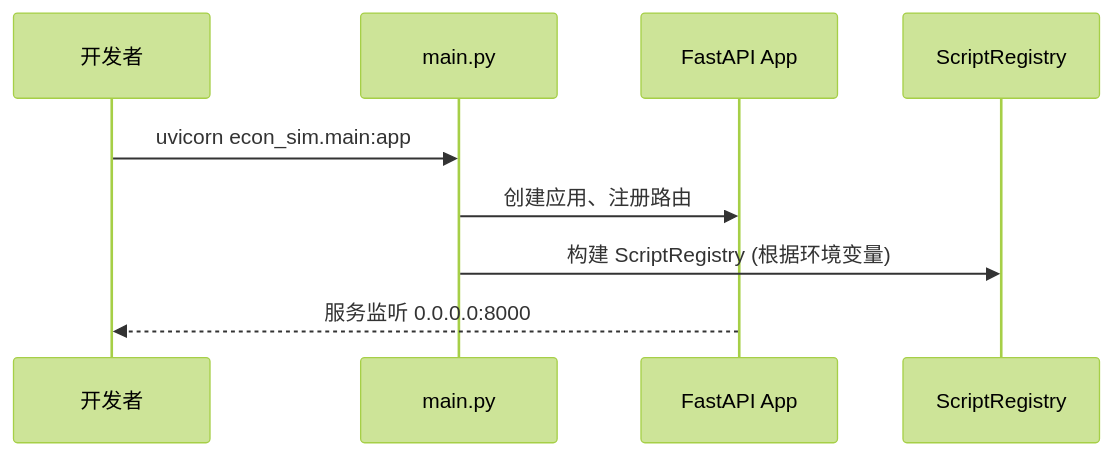
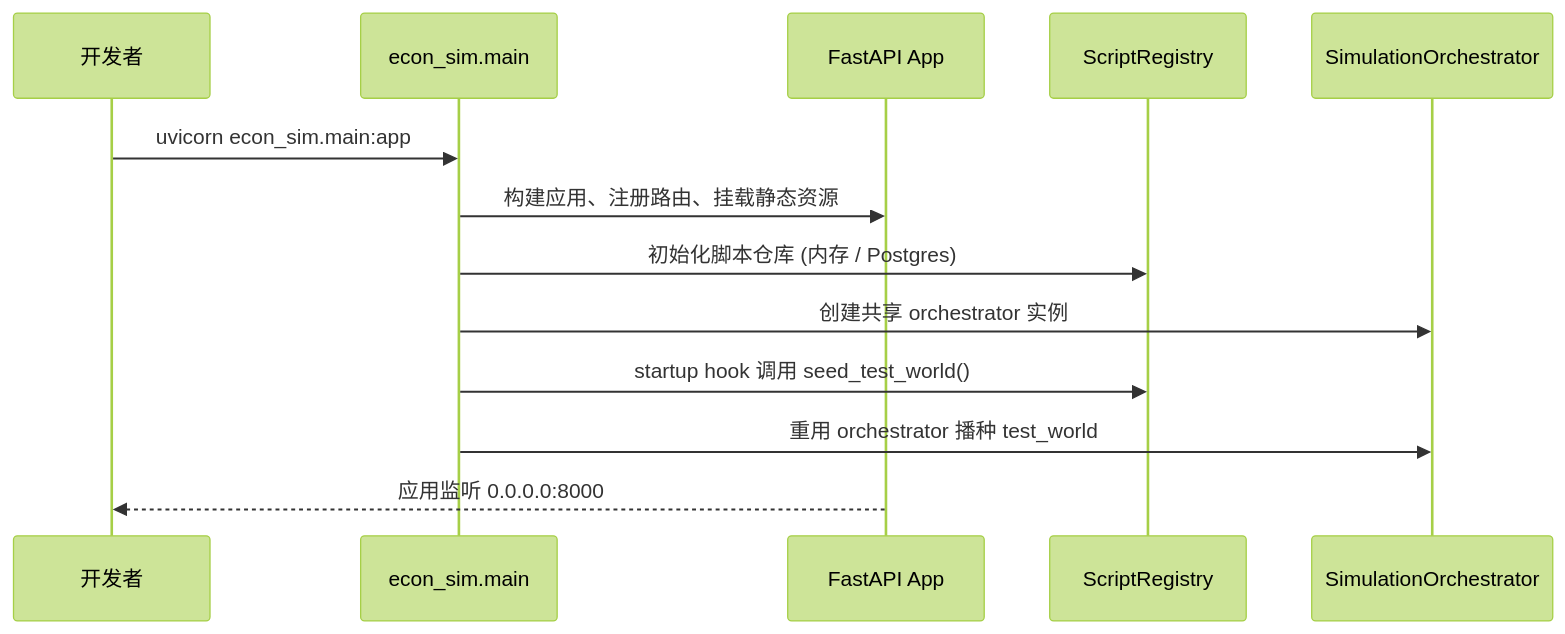
The second of 3 diagrams in docs/dev_handbook/1_SYSTEM_ARCHITECTURE.md (CeciliaGuo331/econ.simulator), drawn with Mermaid (forest theme) before and after one commit. The commit also changed other lines of this file and 6 other files, not shown here.

````diff
--- a/docs/dev_handbook/1_SYSTEM_ARCHITECTURE.md
+++ b/docs/dev_handbook/1_SYSTEM_ARCHITECTURE.md
@@ -95,12 +105,16 @@
 ```mermaid
 sequenceDiagram
     participant Dev as 开发者
-    participant Main as main.py
+    participant Main as econ_sim.main
     participant FastAPI as FastAPI App
-    participant Script as ScriptRegistry
+    participant Registry as ScriptRegistry
+    participant Orchestrator as SimulationOrchestrator
 
     Dev->>Main: uvicorn econ_sim.main:app
-    Main->>FastAPI: 创建应用、注册路由
-    Main->>Script: 构建 ScriptRegistry (根据环境变量)
-    FastAPI-->>Dev: 服务监听 0.0.0.0:8000
+    Main->>FastAPI: 构建应用、注册路由、挂载静态资源
+    Main->>Registry: 初始化脚本仓库 (内存 / Postgres)
+    Main->>Orchestrator: 创建共享 orchestrator 实例
+    Main->>Registry: startup hook 调用 seed_test_world()
+    Main->>Orchestrator: 重用 orchestrator 播种 test_world
+    FastAPI-->>Dev: 应用监听 0.0.0.0:8000
 ```
````
